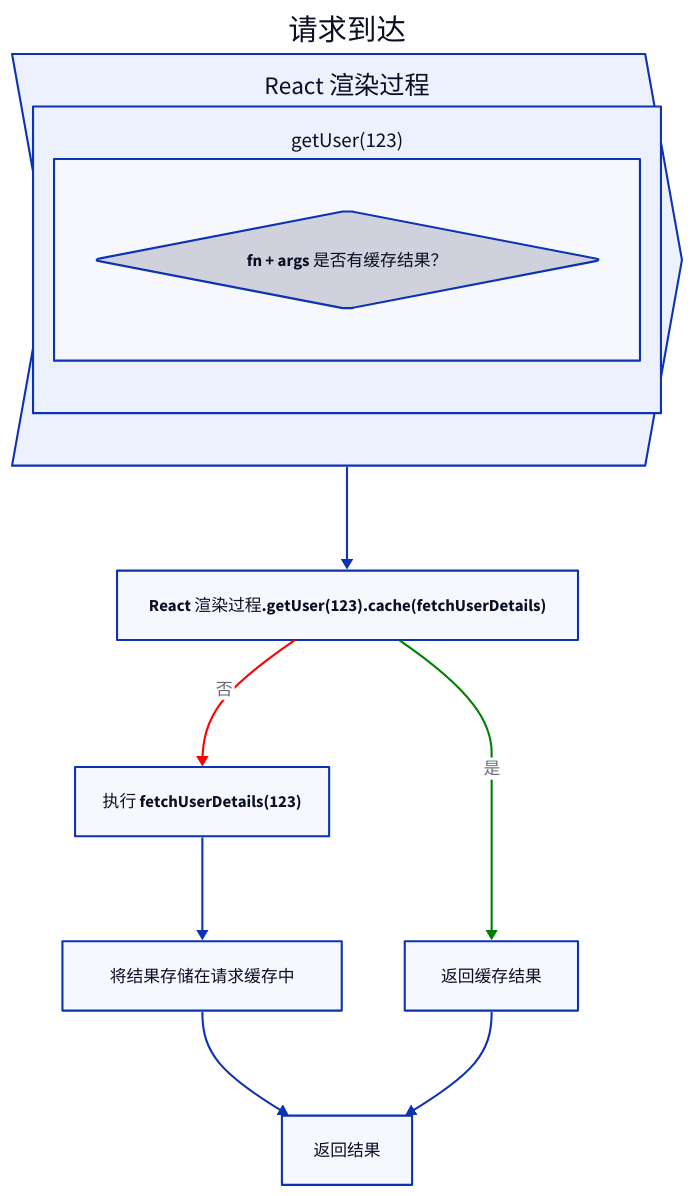
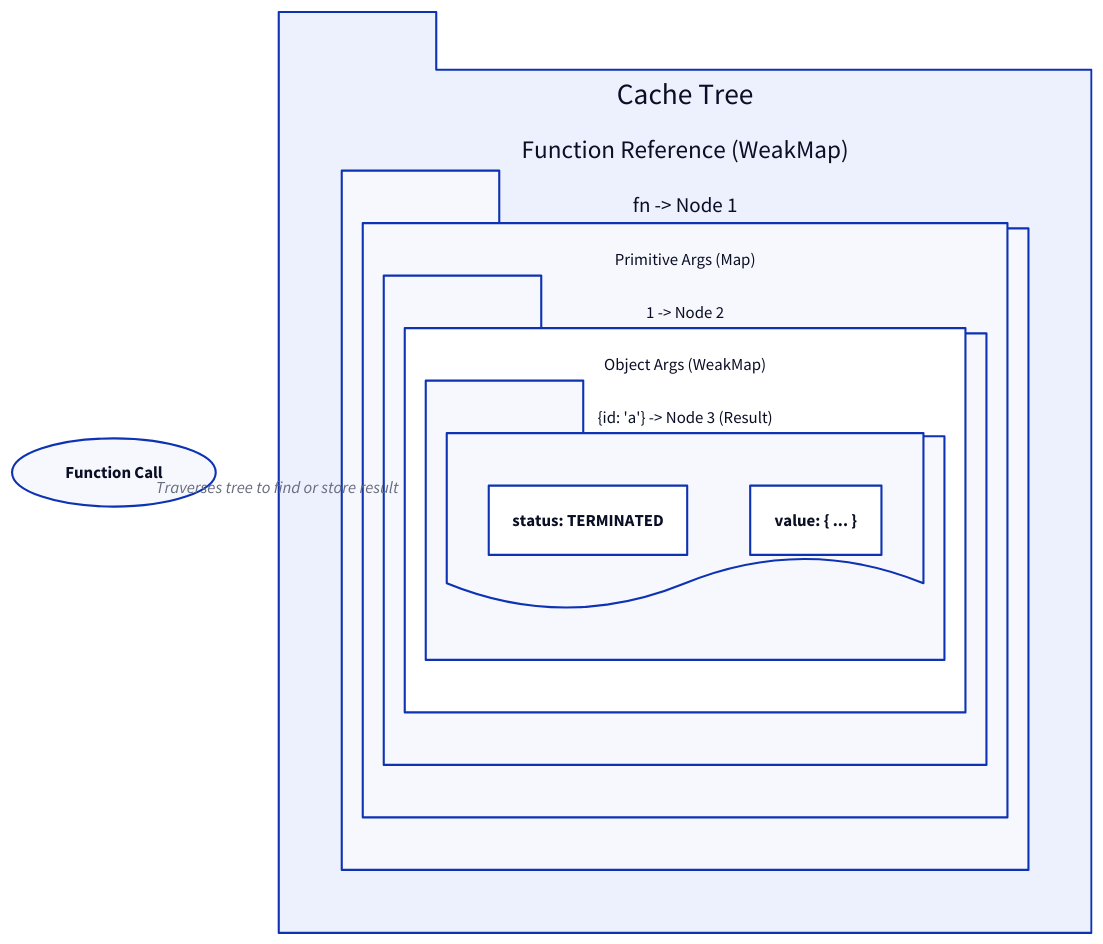
Before and after one commit to lban2049/react: the diagram in packages/react/.aigne/doc-smith/docs/advanced-caching.zh.md, drawn with D2. The commit also changed other lines of this file and 46 other files, not shown here.

````diff
--- a/packages/react/.aigne/doc-smith/docs/advanced-caching.zh.md
+++ b/packages/react/.aigne/doc-smith/docs/advanced-caching.zh.md
@@ -62,37 +53,42 @@
 ```d2
 direction: down
 
-"请求到达": {
-  shape: step
-  "React 渲染过程": {
-    "getUser(123)": {
-      "cache(fetchUserDetails)": {
-        label: "fn + args 是否有缓存结果？"
-        shape: diamond
+call: "cachedFn(1, { id: 'a' })" {
+  label: "Function Call"
+  shape: oval
+}
+
+tree: "Cache Tree" {
+  shape: package
+  grid-columns: 1
+
+  fn_ref: "Function Reference (WeakMap)" {
+    shape: package
+
+    fn_node: "fn -> Node 1" {
+      shape: rectangle
+      
+      primitive_args: "Primitive Args (Map)" {
+        shape: package
+
+        primitive_node: "1 -> Node 2" {
+          shape: rectangle
+          
+          object_args: "Object Args (WeakMap)" {
+            shape: package
+
+            result_node: "{id: 'a'} -> Node 3 (Result)" {
+              shape: document
+              "status: TERMINATED"
+              "value: { ... }"
+            }
+          }
+        }
       }
     }
   }
 }
 
-"请求到达" -> "React 渲染过程.getUser(123).cache(fetchUserDetails)"
+call -> tree.fn_ref: "Traverses tree to find or store result"
 
-"React 渲染过程.getUser(123).cache(fetchUserDetails)" -> "执行 fetchUserDetails(123)": {
-  label: 否
-  style.stroke: red
-}
-
-"执行 fetchUserDetails(123)" -> "将结果存储在请求缓存中": {
-  shape: cylinder
-}
-
-"将结果存储在请求缓存中" -> "返回结果"
-
-"React 渲染过程.getUser(123).cache(fetchUserDetails)" -> "返回缓存结果": {
-  label: 是
-  style.stroke: green
-}
-
-"返回缓存结果" -> "返回结果": {
-  shape: step
-}
 ```
````
